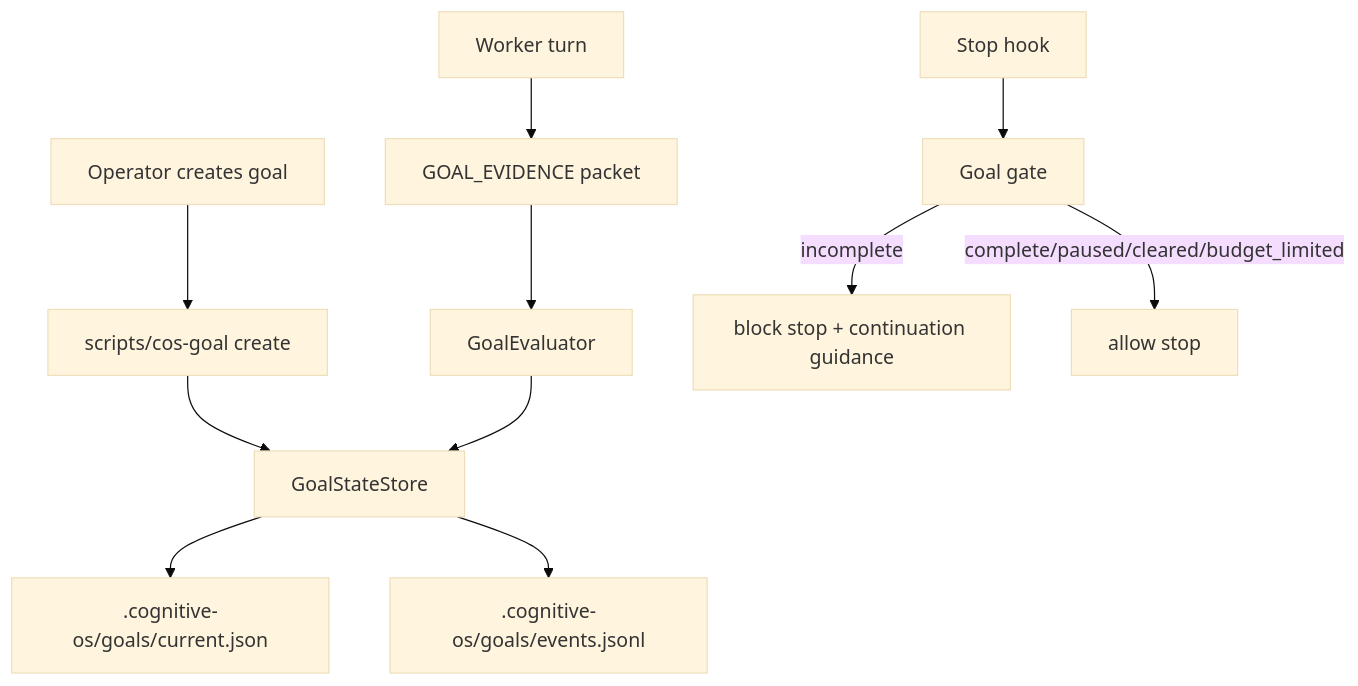
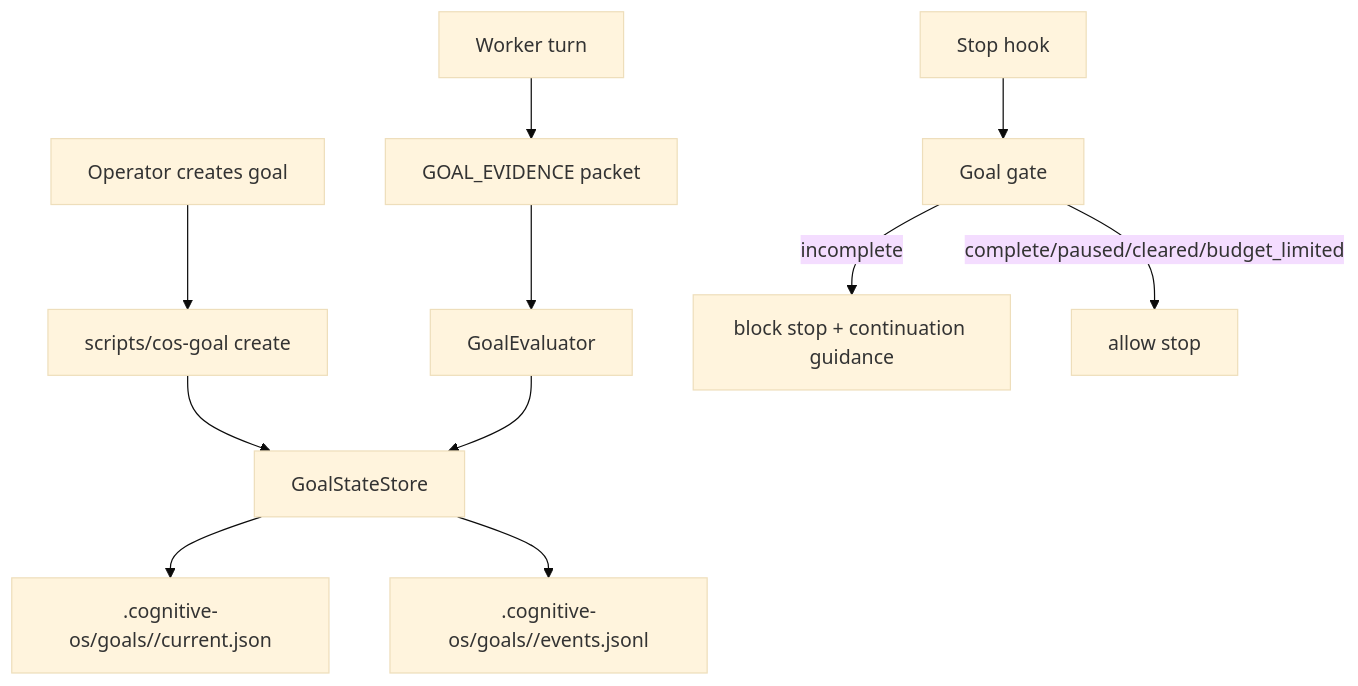
The diagram in .cognitive-os/sdd/changes/cos-native-goal-loop/design.md (Luum-Home/luum-cognitive-os), drawn with Mermaid (base theme) before and after one commit. The commit also changed other lines of this file and 3 other files, not shown here.

````diff
--- a/.cognitive-os/sdd/changes/cos-native-goal-loop/design.md
+++ b/.cognitive-os/sdd/changes/cos-native-goal-loop/design.md
@@ -11,15 +11,15 @@
 ```mermaid
 flowchart TD
   U["Operator creates goal"] --> C["scripts/cos-goal create"]
   C --> S["GoalStateStore"]
-  S --> F[".cognitive-os/goals/current.json"]
-  S --> L[".cognitive-os/goals/events.jsonl"]
+  S --> F[".cognitive-os/goals/<workspace-thread-id>/current.json"]
+  S --> L[".cognitive-os/goals/<workspace-thread-id>/events.jsonl"]
 
   W["Worker turn"] --> E["GOAL_EVIDENCE packet"]
   E --> EV["GoalEvaluator"]
   EV --> S
 
   H["Stop hook"] --> G["Goal gate"]
   G -->|incomplete| B["block stop + continuation guidance"]
   G -->|complete/paused/cleared/budget_limited| A["allow stop"]
 ```
````
